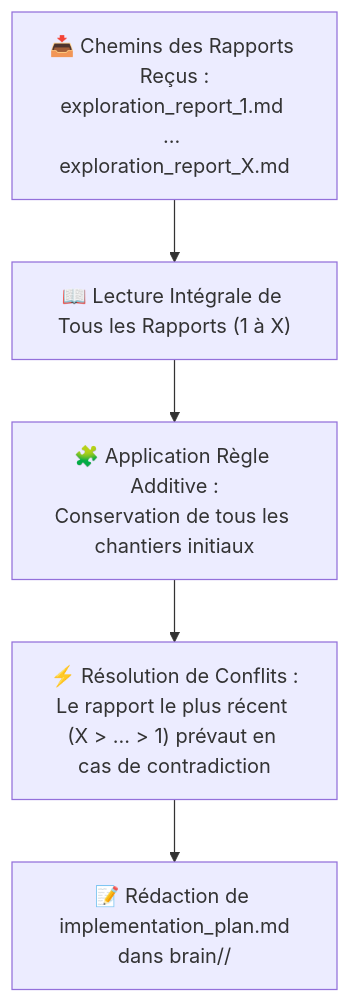
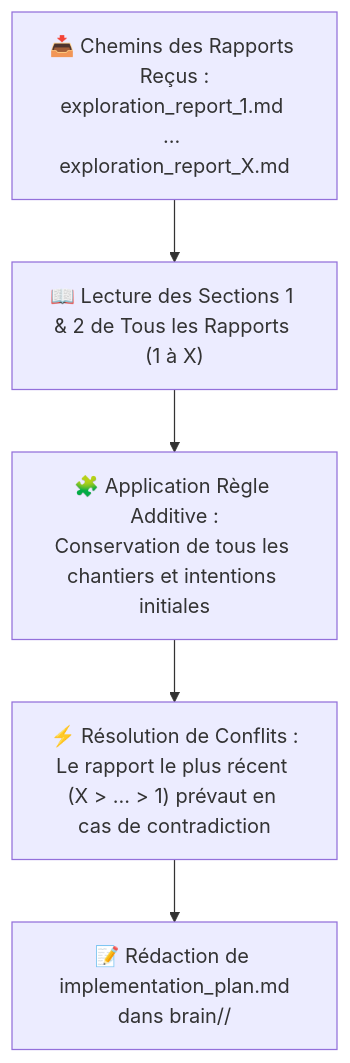
The first of 2 diagrams in src/skills/build/SKILL.md (hjamet/cursor-memory-bank), drawn with Mermaid before and after one commit. The commit also changed other lines of this file and 1 other file, not shown here.

Commit message:
docs(skills): streamline exploration report format with continuous oral paragraphs, question-free workstreams, and remove verification section

````diff
--- a/src/skills/build/SKILL.md
+++ b/src/skills/build/SKILL.md
@@ -45,7 +46,7 @@
 ```mermaid
 flowchart TD
-    INPUT["📥 Chemins des Rapports Reçus :<br/>exploration_report_1.md ... exploration_report_X.md"] --> READ["📖 Lecture Intégrale de Tous les Rapports (1 à X)"]
-    READ --> ADDITIVE["🧩 Application Règle Additive :<br/>Conservation de tous les chantiers initiaux"]
+    INPUT["📥 Chemins des Rapports Reçus :<br/>exploration_report_1.md ... exploration_report_X.md"] --> READ["📖 Lecture des Sections 1 & 2 de Tous les Rapports (1 à X)"]
+    READ --> ADDITIVE["🧩 Application Règle Additive :<br/>Conservation de tous les chantiers et intentions initiales"]
     ADDITIVE --> RESOLVE["⚡ Résolution de Conflits :<br/>Le rapport le plus récent (X > ... > 1) prévaut en cas de contradiction"]
     RESOLVE --> PLAN["📝 Rédaction de implementation_plan.md<br/>dans brain/<build-lead-id>/"]
 ```
````
